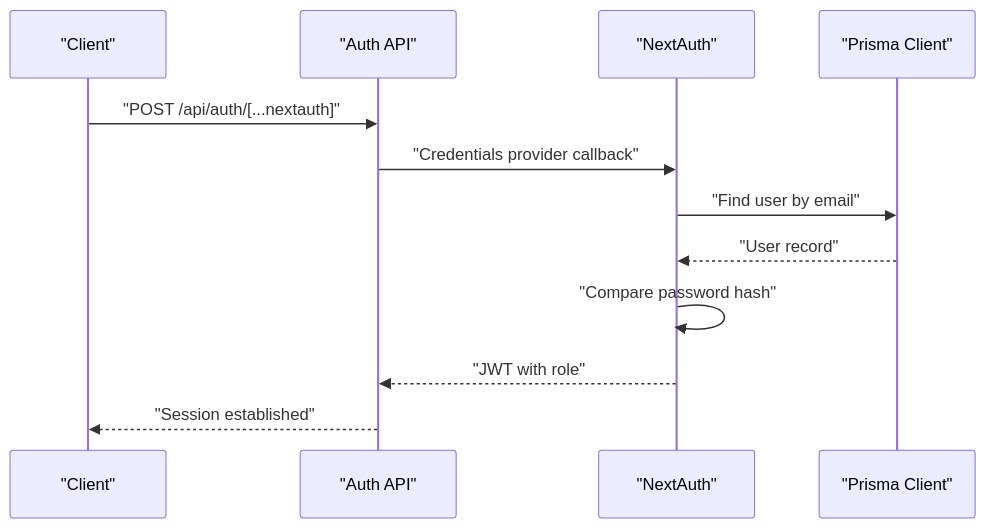
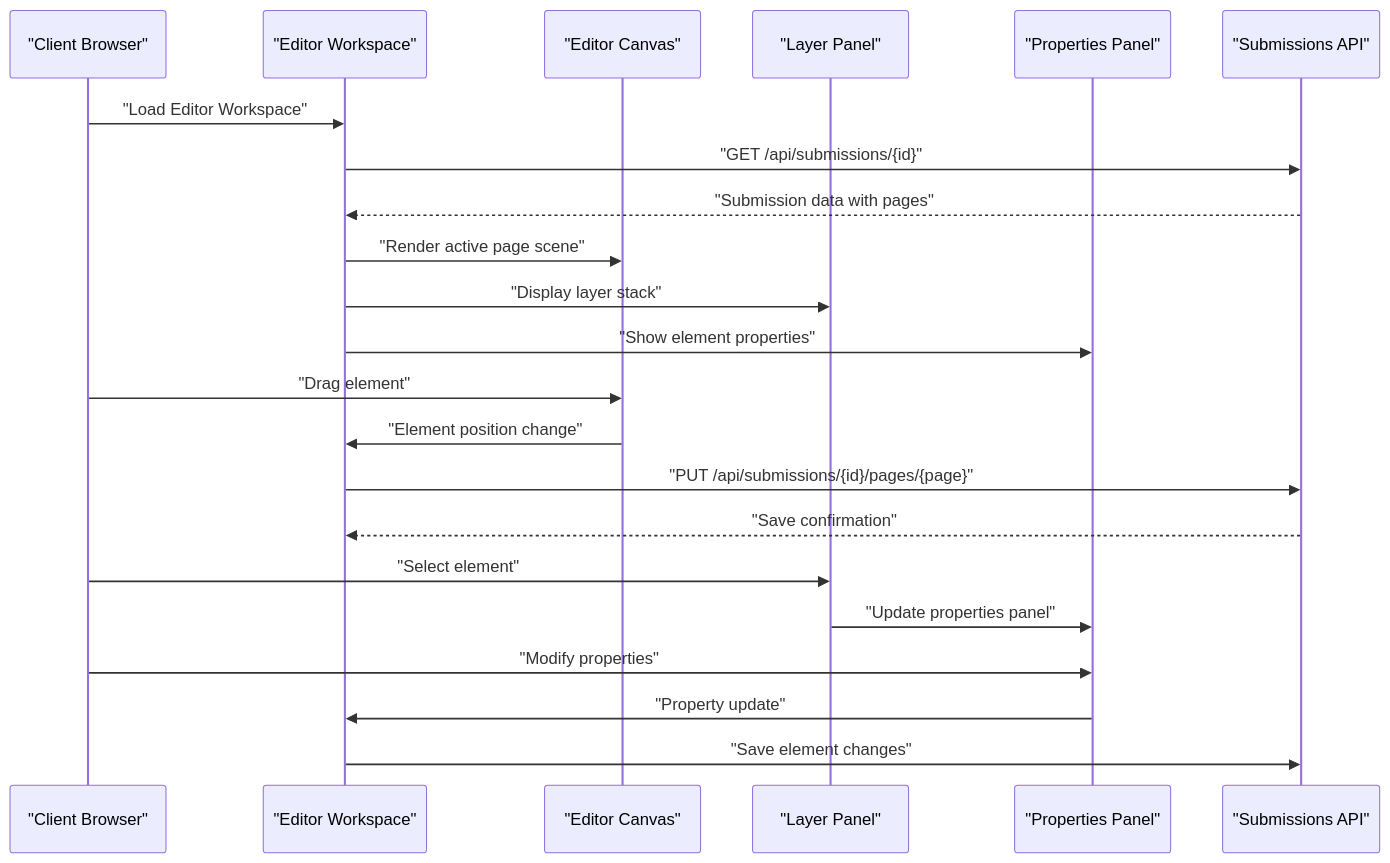
One commit to Crowdspender/titchybooks-app changed the third of 9 diagrams in .qoder/repowiki/en/content/Project Overview.md. Above: the diagram before and after it, drawn with Mermaid. The commit also changed other lines of this file and 62 other files, not shown here.

````diff
--- a/.qoder/repowiki/en/content/Project Overview.md
+++ b/.qoder/repowiki/en/content/Project Overview.md
@@ -182,14 +279,24 @@
 ```mermaid
 sequenceDiagram
-participant Client as "Client"
-participant AuthAPI as "Auth API"
-participant NextAuth as "NextAuth"
-participant Prisma as "Prisma Client"
-Client->>AuthAPI : "POST /api/auth/[...nextauth]"
-AuthAPI->>NextAuth : "Credentials provider callback"
-NextAuth->>Prisma : "Find user by email"
-Prisma-->>NextAuth : "User record"
-NextAuth->>NextAuth : "Compare password hash"
-NextAuth-->>AuthAPI : "JWT with role"
-AuthAPI-->>Client : "Session established"
+participant Client as "Client Browser"
+participant Editor as "Editor Workspace"
+participant Canvas as "Editor Canvas"
+participant Layers as "Layer Panel"
+participant Props as "Properties Panel"
+participant API as "Submissions API"
+Client->>Editor : "Load Editor Workspace"
+Editor->>API : "GET /api/submissions/{id}"
+API-->>Editor : "Submission data with pages"
+Editor->>Canvas : "Render active page scene"
+Editor->>Layers : "Display layer stack"
+Editor->>Props : "Show element properties"
+Client->>Canvas : "Drag element"
+Canvas->>Editor : "Element position change"
+Editor->>API : "PUT /api/submissions/{id}/pages/{page}"
+API-->>Editor : "Save confirmation"
+Client->>Layers : "Select element"
+Layers->>Props : "Update properties panel"
+Client->>Props : "Modify properties"
+Props->>Editor : "Property update"
+Editor->>API : "Save element changes"
 ```
````
